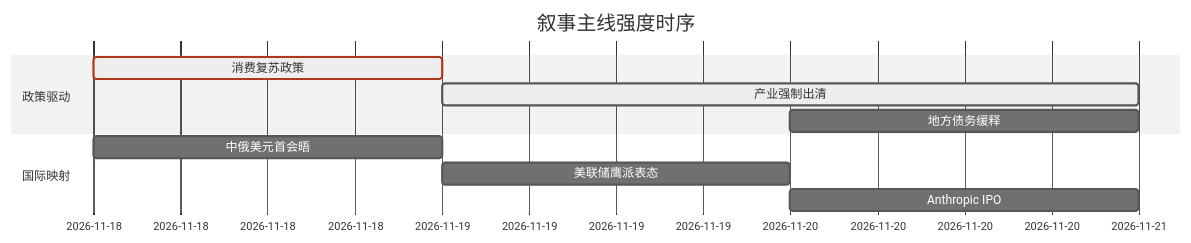
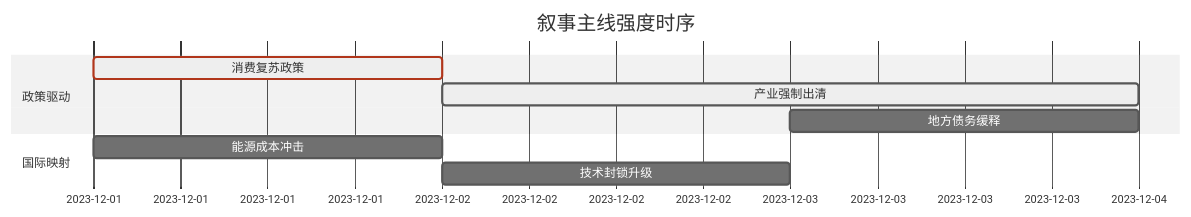
The diagram in 5day_report.md (uu5zn/uu5zn.github.io), drawn with Mermaid (neutral theme) before and after one commit. The commit also changed other lines of this file and 20 other files, not shown here.

````diff
--- a/5day_report.md
+++ b/5day_report.md
@@ -55,14 +54,13 @@
 ```mermaid
 gantt
     title 叙事主线强度时序
     dateFormat  YYYY-MM-DD
     section 政策驱动
-    消费复苏政策   :crit, active, 2026-11-18, 1d
-    产业强制出清   :active, 2026-11-19, 2d
-    地方债务缓释   :2026-11-20, 1d
+    消费复苏政策   :crit, active, 2023-12-01, 1d
+    产业强制出清   :active, 2023-12-02, 2d
+    地方债务缓释   :2023-12-03, 1d
     
     section 国际映射
-    中俄美元首会晤   :2026-11-18, 1d
-    美联储鹰派表态   :2026-11-19, 1d
-    Anthropic IPO    :2026-11-20, 1d
+    能源成本冲击   :2023-12-01, 1d
+    技术封锁升级   :2023-12-02, 1d
 ```
````
